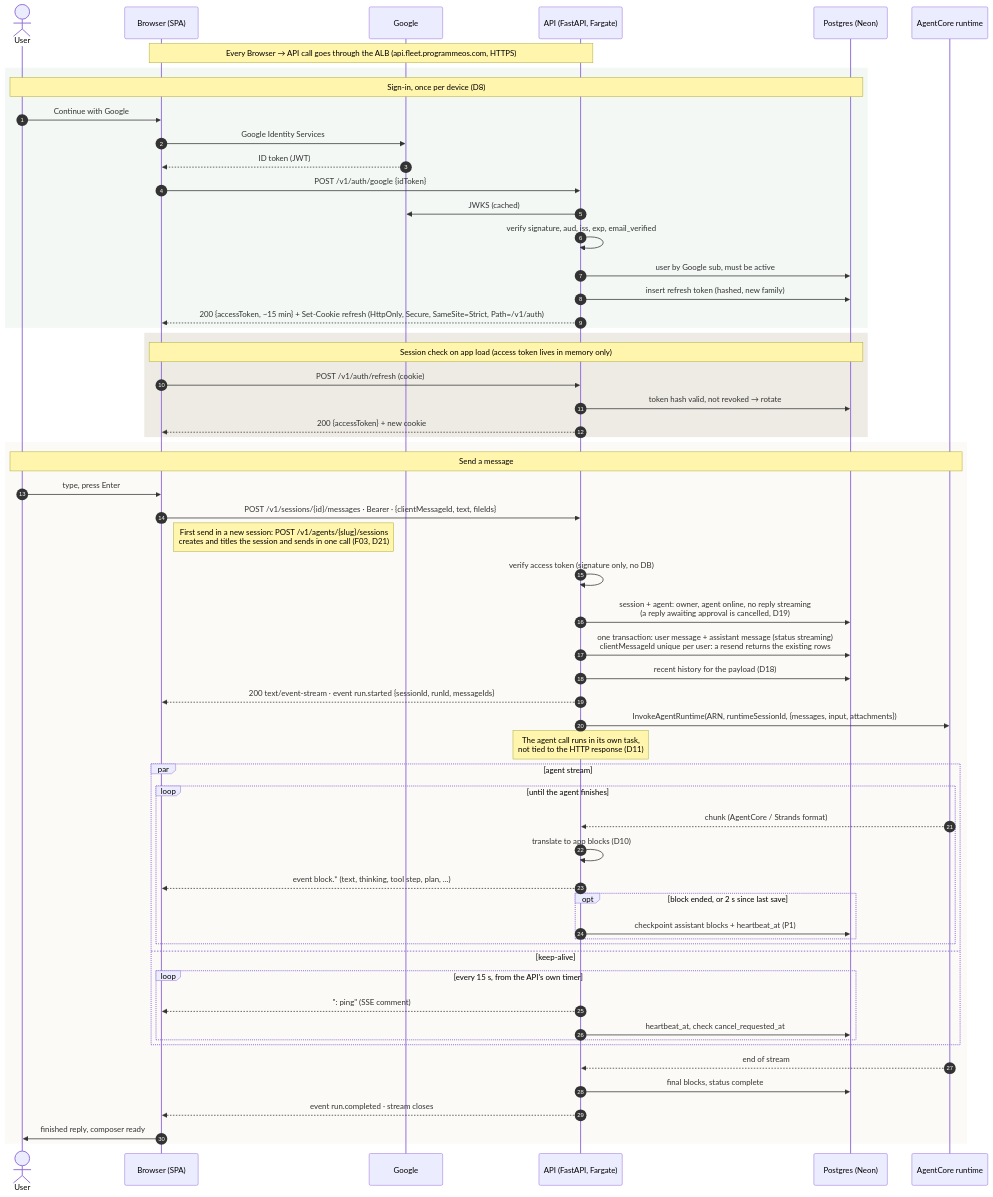
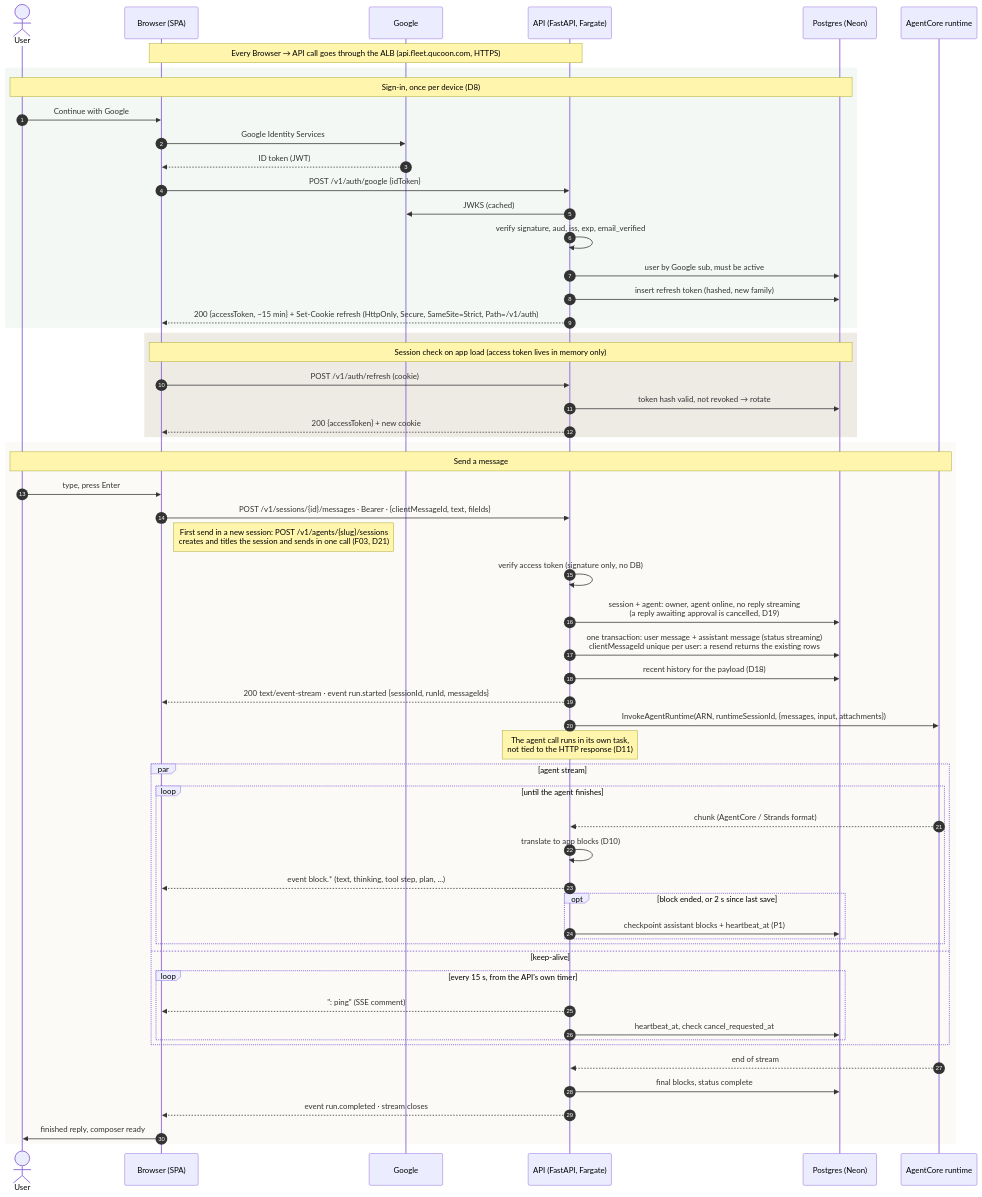
Before and after one commit to IsraelBO17/agent_hub: the diagram in docs/diagrams/send-message.mmd, drawn with Mermaid. The commit also changed 24 other files, not shown here.

First line of the commit message:
Move to fleet.qucoon.com; add naming convention and required tags

```diff
--- a/docs/diagrams/send-message.mmd
+++ b/docs/diagrams/send-message.mmd
@@ -1,66 +1,66 @@
 %% Sequence: user sends a message (normal path). Failure paths: send-message-failures.mmd.
 %% Rules and timers: docs/SEND_MESSAGE.md. Decisions: docs/ARCHITECTURE.md (D5, D8, D10, D11, D18, D20, D21, P1).
 %% Attachments and approvals: approval-and-upload.mmd.
 sequenceDiagram
   autonumber
   actor U as User
   participant B as Browser (SPA)
   participant G as Google
   participant A as API (FastAPI, Fargate)
   participant DB as Postgres (Neon)
   participant R as AgentCore runtime
 
-  Note over B,A: Every Browser → API call goes through the ALB (api.fleet.programmeos.com, HTTPS)
+  Note over B,A: Every Browser → API call goes through the ALB (api.fleet.qucoon.com, HTTPS)
 
   rect rgb(243, 248, 245)
     Note over U,DB: Sign-in, once per device (D8)
     U->>B: Continue with Google
     B->>G: Google Identity Services
     G-->>B: ID token (JWT)
     B->>A: POST /v1/auth/google {idToken}
     A->>G: JWKS (cached)
     A->>A: verify signature, aud, iss, exp, email_verified
     A->>DB: user by Google sub, must be active
     A->>DB: insert refresh token (hashed, new family)
     A-->>B: 200 {accessToken, ~15 min} + Set-Cookie refresh (HttpOnly, Secure, SameSite=Strict, Path=/v1/auth)
   end
 
   rect rgb(238, 235, 228)
     Note over B,DB: Session check on app load (access token lives in memory only)
     B->>A: POST /v1/auth/refresh (cookie)
     A->>DB: token hash valid, not revoked → rotate
     A-->>B: 200 {accessToken} + new cookie
   end
 
   rect rgb(251, 250, 247)
     Note over U,R: Send a message
     U->>B: type, press Enter
     B->>A: POST /v1/sessions/{id}/messages · Bearer · {clientMessageId, text, fileIds}
     Note right of B: First send in a new session: POST /v1/agents/{slug}/sessions<br/>creates and titles the session and sends in one call (F03, D21)
     A->>A: verify access token (signature only, no DB)
     A->>DB: session + agent: owner, agent online, no reply streaming<br/>(a reply awaiting approval is cancelled, D19)
     A->>DB: one transaction: user message + assistant message (status streaming)<br/>clientMessageId unique per user: a resend returns the existing rows
     A->>DB: recent history for the payload (D18)
     A-->>B: 200 text/event-stream · event run.started {sessionId, runId, messageIds}
     A->>R: InvokeAgentRuntime(ARN, runtimeSessionId, {messages, input, attachments})
     Note over A: The agent call runs in its own task,<br/>not tied to the HTTP response (D11)
     par agent stream
       loop until the agent finishes
         R-->>A: chunk (AgentCore / Strands format)
         A->>A: translate to app blocks (D10)
         A-->>B: event block.* (text, thinking, tool step, plan, ...)
         opt block ended, or 2 s since last save
           A->>DB: checkpoint assistant blocks + heartbeat_at (P1)
         end
       end
     and keep-alive
       loop every 15 s, from the API's own timer
         A-->>B: ": ping" (SSE comment)
         A->>DB: heartbeat_at, check cancel_requested_at
       end
     end
     R-->>A: end of stream
     A->>DB: final blocks, status complete
     A-->>B: event run.completed · stream closes
     B->>U: finished reply, composer ready
   end
```
